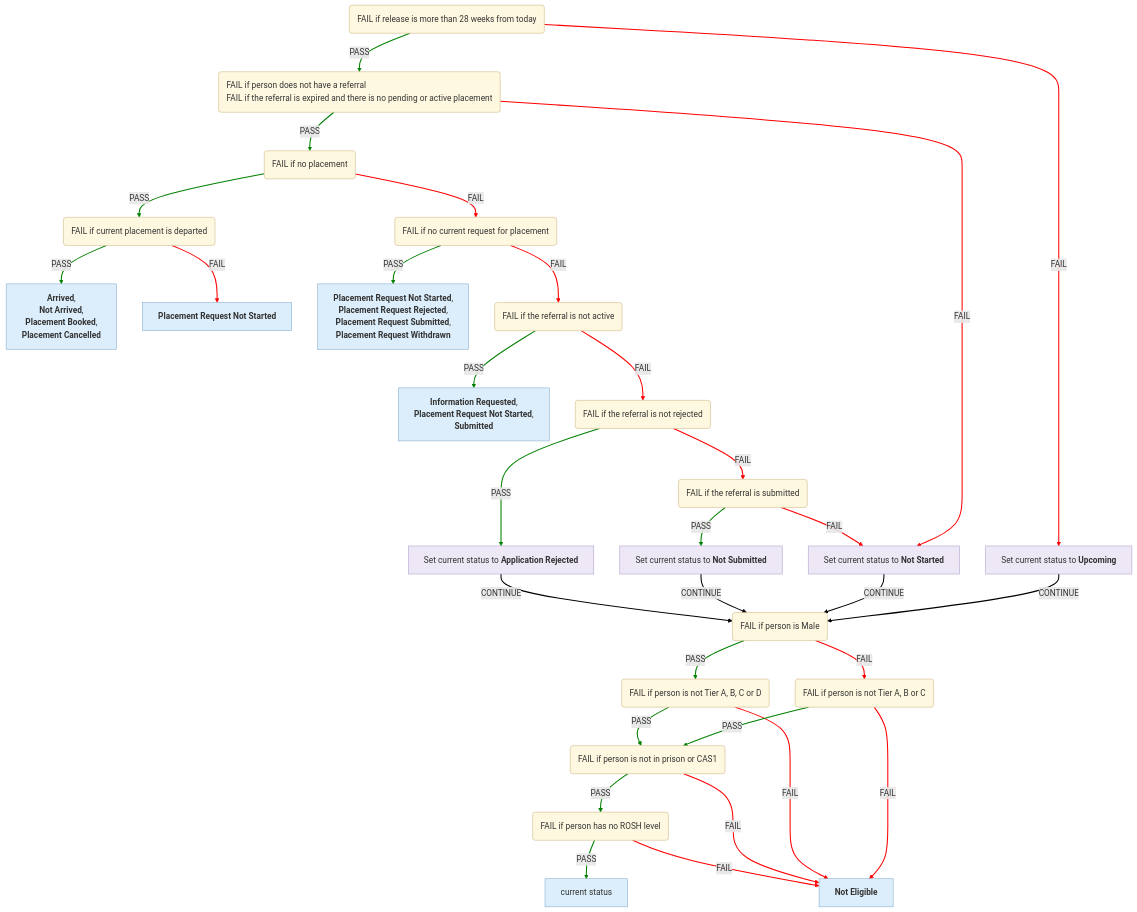
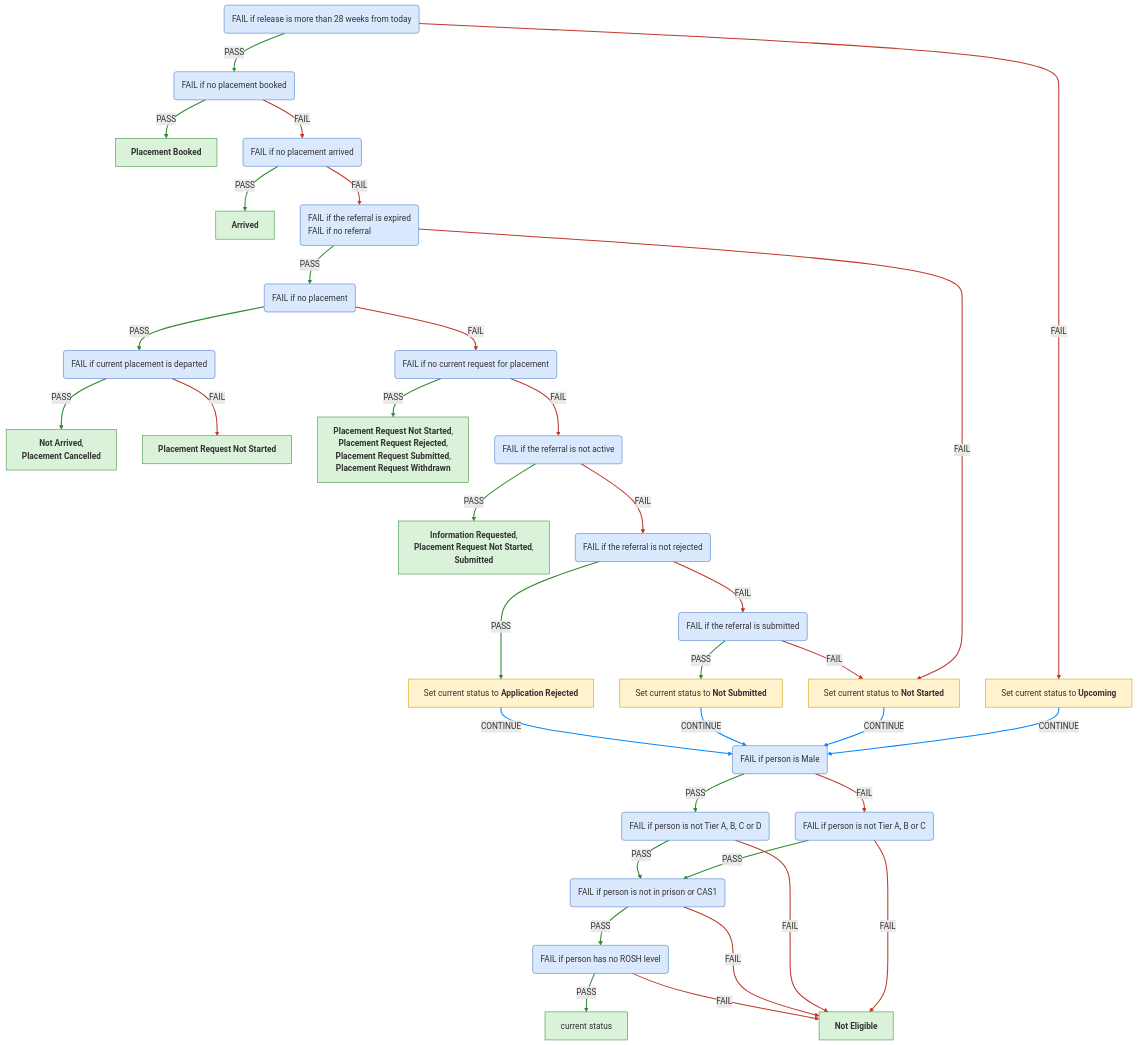
One commit to ministryofjustice/hmpps-single-accommodation-service-api changed the first of 6 diagrams in docs/eligibility-rules-graph.md. Above: the diagram before and after it, drawn with Mermaid. The commit also changed other lines of this file and 47 other files, not shown here.

Commit message:
wip-cas1-cards-graph

````diff
--- a/docs/eligibility-rules-graph.md
+++ b/docs/eligibility-rules-graph.md
@@ -9,75 +11,81 @@
 ```mermaid
 %%{init: {"flowchart": {"wrappingWidth": 800}}}%%
 flowchart TD
-  Release_Within_28_Weeks("<div style='text-align:left'>FAIL if release is more than 28 weeks from today</div>")
-  CAS1_Referral("<div style='text-align:left'>FAIL if person does not have a referral
-FAIL if the referral is expired and there is no pending or active placement</div>")
-  Placement("<div style='text-align:left'>FAIL if no placement</div>")
-  Active_Placement("<div style='text-align:left'>FAIL if current placement is departed</div>")
-  outcome_ActivePlacementContextUpdater["<b>Arrived</b>,
- <b>Not Arrived</b>,
- <b>Placement Booked</b>,
+  PASS_if_person_can_start_referral("<div style='text-align:left'>FAIL if release is more than 28 weeks from today</div>")
+  PASS_if_person_has_a_placement_booked("<div style='text-align:left'>FAIL if no placement booked</div>")
+  CAS1_PLACEMENT_BOOKED["<b>Placement Booked</b>"]
+  PASS_if_person_has_arrived_at_their_placement("<div style='text-align:left'>FAIL if no placement arrived</div>")
+  CAS1_ARRIVED["<b>Arrived</b>"]
+  PASS_if_referral_has_not_expired("<div style='text-align:left'>FAIL if the referral is expired
+FAIL if no referral</div>")
+  PASS_if_person_has_a_placement("<div style='text-align:left'>FAIL if no placement</div>")
+  PASS_if_person_has_an_active_placement("<div style='text-align:left'>FAIL if current placement is departed</div>")
+  outcome_ActivePlacementContextUpdater["<b>Not Arrived</b>,
  <b>Placement Cancelled</b>"]
-  outcome_DepartedPlacementContextUpdater["<b>Placement Request Not Started</b>"]
-  Request_For_Placement("<div style='text-align:left'>FAIL if no current request for placement</div>")
+  CAS1_PLACEMENT_REQUEST_NOT_STARTED["<b>Placement Request Not Started</b>"]
+  PASS_if_person_has_a_request_for_placement("<div style='text-align:left'>FAIL if no current request for placement</div>")
   outcome_NoPlacementContextUpdater["<b>Placement Request Not Started</b>,
  <b>Placement Request Rejected</b>,
  <b>Placement Request Submitted</b>,
  <b>Placement Request Withdrawn</b>"]
-  CAS1_Active_Referral("<div style='text-align:left'>FAIL if the referral is not active</div>")
+  PASS_if_person_has_an_active_referral("<div style='text-align:left'>FAIL if the referral is not active</div>")
   outcome_NoRequestForPlacementContextUpdater["<b>Information Requested</b>,
  <b>Placement Request Not Started</b>,
  <b>Submitted</b>"]
-  CAS1_Rejected_Referral("<div style='text-align:left'>FAIL if the referral is not rejected</div>")
-  Not_Male("<div style='text-align:left'>FAIL if person is Male</div>")
-  Not_Male_Tier_Eligible_For_CAS1("<div style='text-align:left'>FAIL if person is not Tier A, B, C or D</div>")
-  Current_Accommodation_Eligible_For_CAS1("<div style='text-align:left'>FAIL if person is not in prison or CAS1</div>")
-  ROSH_Eligible("<div style='text-align:left'>FAIL if person has no ROSH level</div>")
+  PASS_if_person_has_a_rejected_referral("<div style='text-align:left'>FAIL if the referral is not rejected</div>")
+  PASS_if_person_is_not_male("<div style='text-align:left'>FAIL if person is Male</div>")
+  PASS_if_person_is_Tier_A__B__C_or_D("<div style='text-align:left'>FAIL if person is not Tier A, B, C or D</div>")
+  PASS_if_person_is_in_prison_or_CAS1("<div style='text-align:left'>FAIL if person is not in prison or CAS1</div>")
+  PASS_if_person_has_a_ROSH_level("<div style='text-align:left'>FAIL if person has no ROSH level</div>")
   confirmed["current status"]
   CAS1_NOT_ELIGIBLE["<b>Not Eligible</b>"]
-  Male_Tier_Eligible_For_CAS1("<div style='text-align:left'>FAIL if person is not Tier A, B or C</div>")
-  updater_Cas1RejectedContextUpdater_Not_Male["Set current status to <b>Application Rejected</b>"]
-  CAS1_Not_Submitted_Referral("<div style='text-align:left'>FAIL if the referral is submitted</div>")
-  updater_Cas1NotSubmittedContextUpdater_Not_Male["Set current status to <b>Not Submitted</b>"]
-  updater_Cas1StartContextUpdater_Not_Male["Set current status to <b>Not Started</b>"]
-  updater_Cas1UpcomingContextUpdater_Not_Male["Set current status to <b>Upcoming</b>"]
-  Active_Placement -->|PASS| outcome_ActivePlacementContextUpdater
-  Active_Placement -->|FAIL| outcome_DepartedPlacementContextUpdater
-  Placement -->|PASS| Active_Placement
-  Request_For_Placement -->|PASS| outcome_NoPlacementContextUpdater
-  CAS1_Active_Referral -->|PASS| outcome_NoRequestForPlacementContextUpdater
-  ROSH_Eligible -->|PASS| confirmed
-  ROSH_Eligible -->|FAIL| CAS1_NOT_ELIGIBLE
-  Current_Accommodation_Eligible_For_CAS1 -->|PASS| ROSH_Eligible
-  Current_Accommodation_Eligible_For_CAS1 -->|FAIL| CAS1_NOT_ELIGIBLE
-  Not_Male_Tier_Eligible_For_CAS1 -->|PASS| Current_Accommodation_Eligible_For_CAS1
-  Not_Male_Tier_Eligible_For_CAS1 -->|FAIL| CAS1_NOT_ELIGIBLE
-  Not_Male -->|PASS| Not_Male_Tier_Eligible_For_CAS1
-  Male_Tier_Eligible_For_CAS1 -->|PASS| Current_Accommodation_Eligible_For_CAS1
-  Male_Tier_Eligible_For_CAS1 -->|FAIL| CAS1_NOT_ELIGIBLE
-  Not_Male -->|FAIL| Male_Tier_Eligible_For_CAS1
-  CAS1_Rejected_Referral -->|PASS| updater_Cas1RejectedContextUpdater_Not_Male
-  updater_Cas1RejectedContextUpdater_Not_Male -->|CONTINUE| Not_Male
-  CAS1_Not_Submitted_Referral -->|PASS| updater_Cas1NotSubmittedContextUpdater_Not_Male
-  updater_Cas1NotSubmittedContextUpdater_Not_Male -->|CONTINUE| Not_Male
-  CAS1_Not_Submitted_Referral -->|FAIL| updater_Cas1StartContextUpdater_Not_Male
-  updater_Cas1StartContextUpdater_Not_Male -->|CONTINUE| Not_Male
-  CAS1_Rejected_Referral -->|FAIL| CAS1_Not_Submitted_Referral
-  CAS1_Active_Referral -->|FAIL| CAS1_Rejected_Referral
-  Request_For_Placement -->|FAIL| CAS1_Active_Referral
-  Placement -->|FAIL| Request_For_Placement
-  CAS1_Referral -->|PASS| Placement
-  CAS1_Referral -->|FAIL| updater_Cas1StartContextUpdater_Not_Male
-  Release_Within_28_Weeks -->|PASS| CAS1_Referral
-  Release_Within_28_Weeks -->|FAIL| updater_Cas1UpcomingContextUpdater_Not_Male
-  updater_Cas1UpcomingContextUpdater_Not_Male -->|CONTINUE| Not_Male
-  linkStyle 0,2,3,4,5,7,9,11,12,15,17,25,27 stroke:green,stroke-width:2px
-  linkStyle 1,6,8,10,13,14,19,21,22,23,24,26,28 stroke:red,stroke-width:2px
-  linkStyle 16,18,20,29 stroke:black,stroke-width:2px
-  classDef ruleSetNode fill:#FFF8E1,stroke:#C9B37E,color:#333
-  classDef outcomeNode fill:#DCEEFB,stroke:#7FA7C9,color:#333
-  classDef updaterNode fill:#EDE7F6,stroke:#A99BC9,color:#333
-  class Release_Within_28_Weeks,CAS1_Referral,Placement,Active_Placement,Request_For_Placement,CAS1_Active_Referral,CAS1_Rejected_Referral,Not_Male,Not_Male_Tier_Eligible_For_CAS1,Current_Accommodation_Eligible_For_CAS1,ROSH_Eligible,Male_Tier_Eligible_For_CAS1,CAS1_Not_Submitted_Referral ruleSetNode
-  class outcome_ActivePlacementContextUpdater,outcome_DepartedPlacementContextUpdater,outcome_NoPlacementContextUpdater,outcome_NoRequestForPlacementContextUpdater,confirmed,CAS1_NOT_ELIGIBLE outcomeNode
-  class updater_Cas1RejectedContextUpdater_Not_Male,updater_Cas1NotSubmittedContextUpdater_Not_Male,updater_Cas1StartContextUpdater_Not_Male,updater_Cas1UpcomingContextUpdater_Not_Male updaterNode
+  PASS_if_person_is_Tier_A__B_or_C("<div style='text-align:left'>FAIL if person is not Tier A, B or C</div>")
+  updater_Cas1RejectedContextUpdater_PASS_if_person_is_not_male["Set current status to <b>Application Rejected</b>"]
+  PASS_if_person_has_a_draft_referral("<div style='text-align:left'>FAIL if the referral is submitted</div>")
+  updater_Cas1NotSubmittedContextUpdater_PASS_if_person_is_not_male["Set current status to <b>Not Submitted</b>"]
+  updater_Cas1StartContextUpdater_PASS_if_person_is_not_male["Set current status to <b>Not Started</b>"]
+  updater_Cas1UpcomingContextUpdater_PASS_if_person_is_not_male["Set current status to <b>Upcoming</b>"]
+  PASS_if_person_has_a_placement_booked -->|PASS| CAS1_PLACEMENT_BOOKED
+  PASS_if_person_has_arrived_at_their_placement -->|PASS| CAS1_ARRIVED
+  PASS_if_person_has_an_active_placement -->|PASS| outcome_ActivePlacementContextUpdater
+  PASS_if_person_has_an_active_placement -->|FAIL| CAS1_PLACEMENT_REQUEST_NOT_STARTED
+  PASS_if_person_has_a_placement -->|PASS| PASS_if_person_has_an_active_placement
+  PASS_if_person_has_a_request_for_placement -->|PASS| outcome_NoPlacementContextUpdater
+  PASS_if_person_has_an_active_referral -->|PASS| outcome_NoRequestForPlacementContextUpdater
+  PASS_if_person_has_a_ROSH_level -->|PASS| confirmed
+  PASS_if_person_has_a_ROSH_level -->|FAIL| CAS1_NOT_ELIGIBLE
+  PASS_if_person_is_in_prison_or_CAS1 -->|PASS| PASS_if_person_has_a_ROSH_level
+  PASS_if_person_is_in_prison_or_CAS1 -->|FAIL| CAS1_NOT_ELIGIBLE
+  PASS_if_person_is_Tier_A__B__C_or_D -->|PASS| PASS_if_person_is_in_prison_or_CAS1
+  PASS_if_person_is_Tier_A__B__C_or_D -->|FAIL| CAS1_NOT_ELIGIBLE
+  PASS_if_person_is_not_male -->|PASS| PASS_if_person_is_Tier_A__B__C_or_D
+  PASS_if_person_is_Tier_A__B_or_C -->|PASS| PASS_if_person_is_in_prison_or_CAS1
+  PASS_if_person_is_Tier_A__B_or_C -->|FAIL| CAS1_NOT_ELIGIBLE
+  PASS_if_person_is_not_male -->|FAIL| PASS_if_person_is_Tier_A__B_or_C
+  PASS_if_person_has_a_rejected_referral -->|PASS| updater_Cas1RejectedContextUpdater_PASS_if_person_is_not_male
+  updater_Cas1RejectedContextUpdater_PASS_if_person_is_not_male -->|CONTINUE| PASS_if_person_is_not_male
+  PASS_if_person_has_a_draft_referral -->|PASS| updater_Cas1NotSubmittedContextUpdater_PASS_if_person_is_not_male
+  updater_Cas1NotSubmittedContextUpdater_PASS_if_person_is_not_male -->|CONTINUE| PASS_if_person_is_not_male
+  PASS_if_person_has_a_draft_referral -->|FAIL| updater_Cas1StartContextUpdater_PASS_if_person_is_not_male
+  updater_Cas1StartContextUpdater_PASS_if_person_is_not_male -->|CONTINUE| PASS_if_person_is_not_male
+  PASS_if_person_has_a_rejected_referral -->|FAIL| PASS_if_person_has_a_draft_referral
+  PASS_if_person_has_an_active_referral -->|FAIL| PASS_if_person_has_a_rejected_referral
+  PASS_if_person_has_a_request_for_placement -->|FAIL| PASS_if_person_has_an_active_referral
+  PASS_if_person_has_a_placement -->|FAIL| PASS_if_person_has_a_request_for_placement
+  PASS_if_referral_has_not_expired -->|PASS| PASS_if_person_has_a_placement
+  PASS_if_referral_has_not_expired -->|FAIL| updater_Cas1StartContextUpdater_PASS_if_person_is_not_male
+  PASS_if_person_has_arrived_at_their_placement -->|FAIL| PASS_if_referral_has_not_expired
+  PASS_if_person_has_a_placement_booked -->|FAIL| PASS_if_person_has_arrived_at_their_placement
+  PASS_if_person_can_start_referral -->|PASS| PASS_if_person_has_a_placement_booked
+  PASS_if_person_can_start_referral -->|FAIL| updater_Cas1UpcomingContextUpdater_PASS_if_person_is_not_male
+  updater_Cas1UpcomingContextUpdater_PASS_if_person_is_not_male -->|CONTINUE| PASS_if_person_is_not_male
+  linkStyle 0,1,2,4,5,6,7,9,11,13,14,17,19,27,31 stroke:#2e8b2e,stroke-width:2px
+  linkStyle 3,8,10,12,15,16,21,23,24,25,26,28,29,30,32 stroke:#c0392b,stroke-width:2px
+  linkStyle 18,20,22,33 stroke:#0088ff,stroke-width:2px
+  classDef ruleSetNode fill:#dbe9ff,stroke:#3b73c4,color:#333
+  classDef outcomeNode fill:#d9f2d9,stroke:#2e8b2e,color:#333
+  classDef updaterNode fill:#fff2cc,stroke:#c99a00,color:#333
+  class PASS_if_person_can_start_referral,PASS_if_person_has_a_placement_booked,PASS_if_person_has_arrived_at_their_placement,PASS_if_referral_has_not_expired,PASS_if_person_has_a_placement,PASS_if_person_has_an_active_placement,PASS_if_person_has_a_request_for_placement,PASS_if_person_has_an_active_referral,PASS_if_person_has_a_rejected_referral,PASS_if_person_is_not_male,PASS_if_person_is_Tier_A__B__C_or_D,PASS_if_person_is_in_prison_or_CAS1,PASS_if_person_has_a_ROSH_level,PASS_if_person_is_Tier_A__B_or_C,PASS_if_person_has_a_draft_referral ruleSetNode
+  class CAS1_PLACEMENT_BOOKED,CAS1_ARRIVED,outcome_ActivePlacementContextUpdater,CAS1_PLACEMENT_REQUEST_NOT_STARTED,outcome_NoPlacementContextUpdater,outcome_NoRequestForPlacementContextUpdater,confirmed,CAS1_NOT_ELIGIBLE outcomeNode
+  class updater_Cas1RejectedContextUpdater_PASS_if_person_is_not_male,updater_Cas1NotSubmittedContextUpdater_PASS_if_person_is_not_male,updater_Cas1StartContextUpdater_PASS_if_person_is_not_male,updater_Cas1UpcomingContextUpdater_PASS_if_person_is_not_male updaterNode
 ```
````
